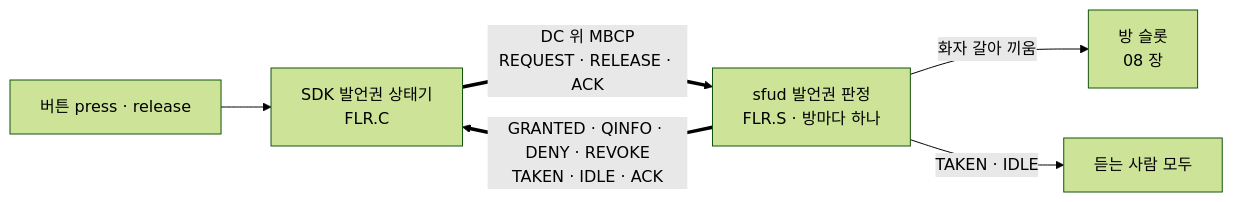
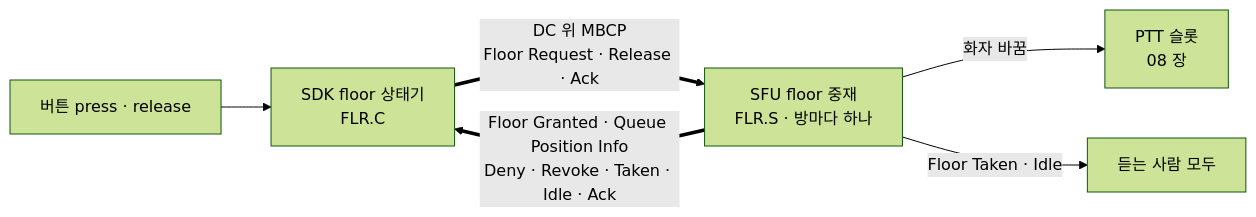
One commit to kodeholic9/oxlens-sfu changed the first of 4 diagrams in docs/learn/07_FLOOR.md. Above: the diagram before and after it, drawn with Mermaid (forest theme). The commit also changed other lines of this file and 19 other files, not shown here.

Commit message:
발언권 줄 mbcp_seq 를 와이어 SEQ 로(f6bbf02 S4 수리가 다른 칸 o.m.n 을 실어 늘 0) · 학습 문서 공개판 현행화(표준 용어 · 새 회차 값)(context 202611/20261109a 현행화)

````diff
--- a/docs/learn/07_FLOOR.md
+++ b/docs/learn/07_FLOOR.md
@@ -9,8 +9,8 @@
 ```mermaid
 flowchart LR
-  BTN["버튼 press · release"] --> SDK["SDK 발언권 상태기<br/>FLR.C"]
-  SDK == "DC 위 MBCP<br/>REQUEST · RELEASE · ACK" ==> SRV["sfud 발언권 판정<br/>FLR.S · 방마다 하나"]
-  SRV == "GRANTED · QINFO · DENY · REVOKE<br/>TAKEN · IDLE · ACK" ==> SDK
-  SRV -- "화자 갈아 끼움" --> SLOT["방 슬롯<br/>08 장"]
-  SRV -- "TAKEN · IDLE" --> LIS["듣는 사람 모두"]
+  BTN["버튼 press · release"] --> SDK["SDK floor 상태기<br/>FLR.C"]
+  SDK == "DC 위 MBCP<br/>Floor Request · Release · Ack" ==> SRV["SFU floor 중재<br/>FLR.S · 방마다 하나"]
+  SRV == "Floor Granted · Queue Position Info<br/>Deny · Revoke · Taken · Idle · Ack" ==> SDK
+  SRV -- "화자 바꿈" --> SLOT["PTT 슬롯<br/>08 장"]
+  SRV -- "Floor Taken · Idle" --> LIS["듣는 사람 모두"]
 ```
````
